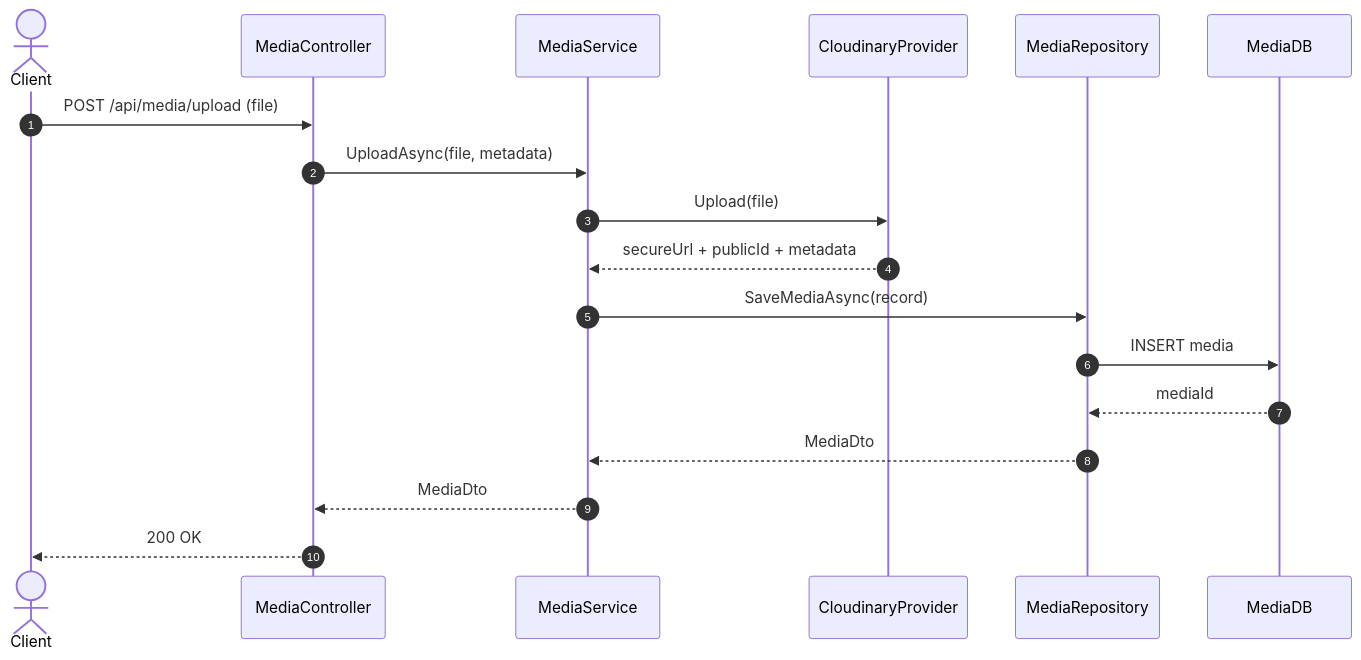
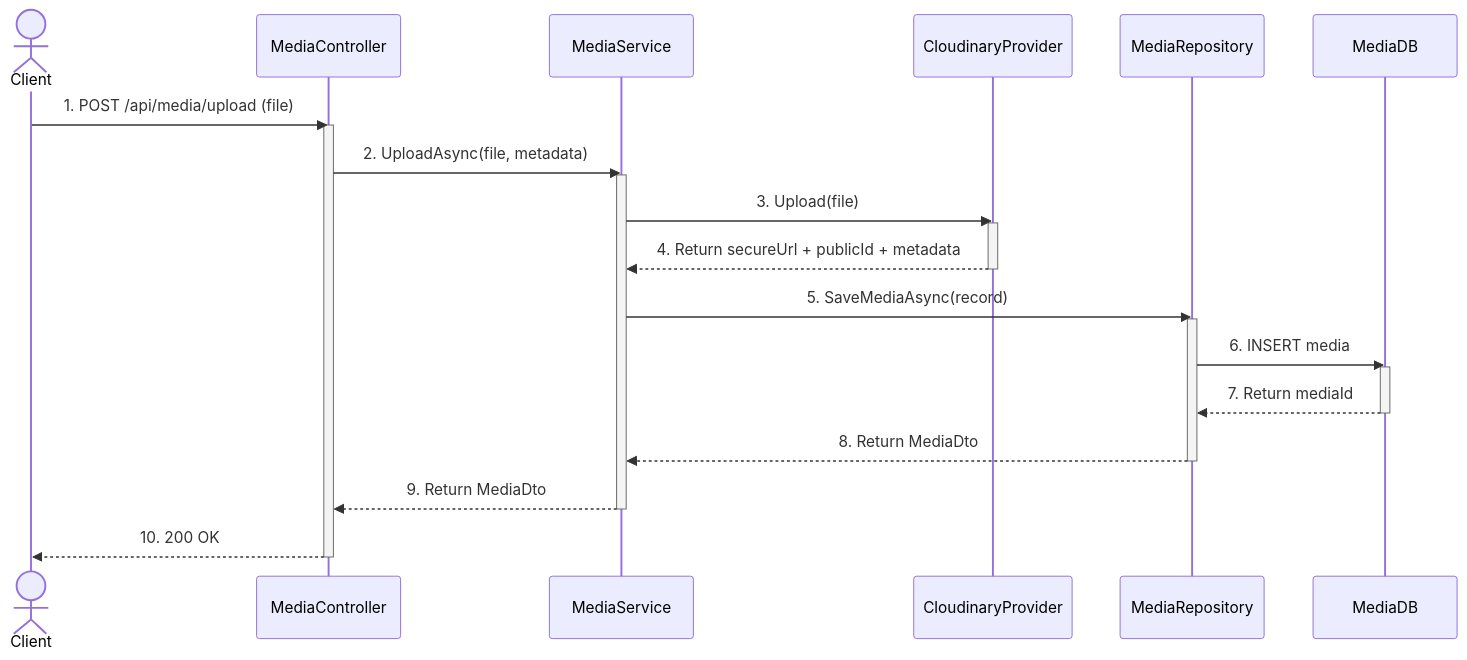
Before and after one commit to SEP490-CapstoneProject/SEP490_BE: the diagram in sequence_dia/media_service_sequence_diagram.md, drawn with Mermaid. The commit also changed 14 other files, not shown here.

Commit message:
feat: Add sequence diagrams for various services and re-enable subscription quota check in ApplicationService

````diff
--- a/sequence_dia/media_service_sequence_diagram.md
+++ b/sequence_dia/media_service_sequence_diagram.md
@@ -1,21 +1,30 @@
 ```mermaid
 sequenceDiagram
-    autonumber
     actor Client
     participant MediaController
     participant MediaService
     participant CloudinaryProvider
     participant MediaRepository
     participant MediaDB
 
-    Client->>MediaController: POST /api/media/upload (file)
-    MediaController->>MediaService: UploadAsync(file, metadata)
-    MediaService->>CloudinaryProvider: Upload(file)
-    CloudinaryProvider-->>MediaService: secureUrl + publicId + metadata
-    MediaService->>MediaRepository: SaveMediaAsync(record)
-    MediaRepository->>MediaDB: INSERT media
-    MediaDB-->>MediaRepository: mediaId
-    MediaRepository-->>MediaService: MediaDto
-    MediaService-->>MediaController: MediaDto
-    MediaController-->>Client: 200 OK
+    Client->>MediaController: 1. POST /api/media/upload (file)
+    activate MediaController
+    MediaController->>MediaService: 2. UploadAsync(file, metadata)
+    activate MediaService
+    MediaService->>CloudinaryProvider: 3. Upload(file)
+    activate CloudinaryProvider
+    CloudinaryProvider-->>MediaService: 4. Return secureUrl + publicId + metadata
+    deactivate CloudinaryProvider
+    MediaService->>MediaRepository: 5. SaveMediaAsync(record)
+    activate MediaRepository
+    MediaRepository->>MediaDB: 6. INSERT media
+    activate MediaDB
+    MediaDB-->>MediaRepository: 7. Return mediaId
+    deactivate MediaDB
+    MediaRepository-->>MediaService: 8. Return MediaDto
+    deactivate MediaRepository
+    MediaService-->>MediaController: 9. Return MediaDto
+    deactivate MediaService
+    MediaController-->>Client: 10. 200 OK
+    deactivate MediaController
 ```
````
